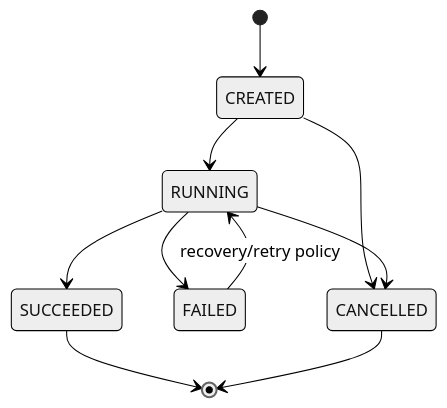
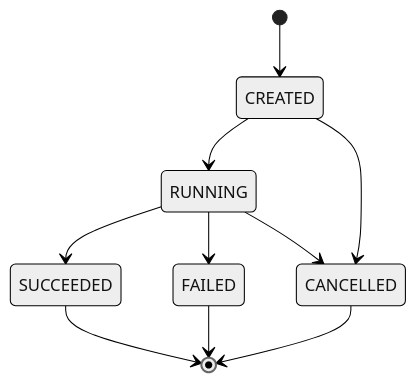
The first of 2 diagrams in docs/04-state-machine-proposal.md (ashish-2141/flowforge-engine), drawn with Mermaid (neutral theme) before and after one commit. The commit also changed other lines of this file, not shown here.

````diff
--- a/docs/04-state-machine-proposal.md
+++ b/docs/04-state-machine-proposal.md
@@ -5,12 +11,12 @@
 ```mermaid
 stateDiagram-v2
     [*] --> CREATED
     CREATED --> RUNNING
+    CREATED --> CANCELLED
     RUNNING --> SUCCEEDED
     RUNNING --> FAILED
-    FAILED --> RUNNING: recovery/retry policy
-    CREATED --> CANCELLED
     RUNNING --> CANCELLED
     SUCCEEDED --> [*]
+    FAILED --> [*]
     CANCELLED --> [*]
 ```
````
